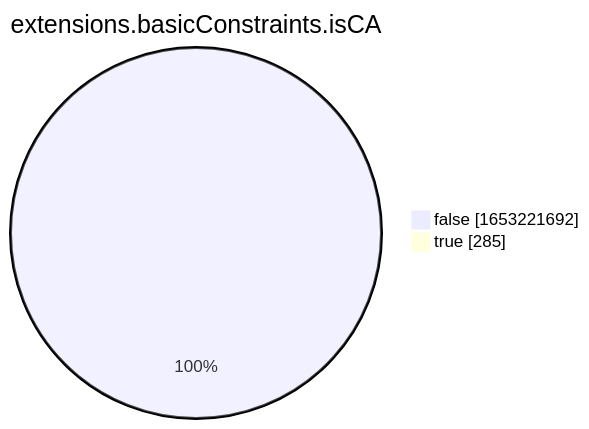
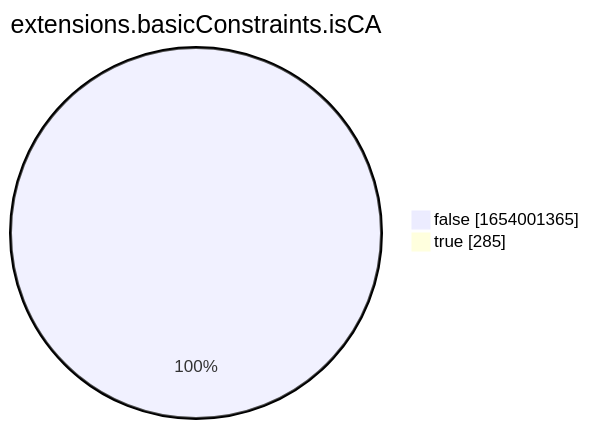
The eighth of 15 diagrams in xenon2022/README.md (christiankrug/ctmonitor_visualization), drawn with Mermaid before and after one commit. The commit also changed other lines of this file, not shown here.

````diff
--- a/xenon2022/README.md
+++ b/xenon2022/README.md
@@ -2864,6 +2864,6 @@
 ```mermaid
 pie showData
 title extensions.basicConstraints.isCA
-"false" :1653221692
+"false" :1654001365
 "true" :285
 ```
````
